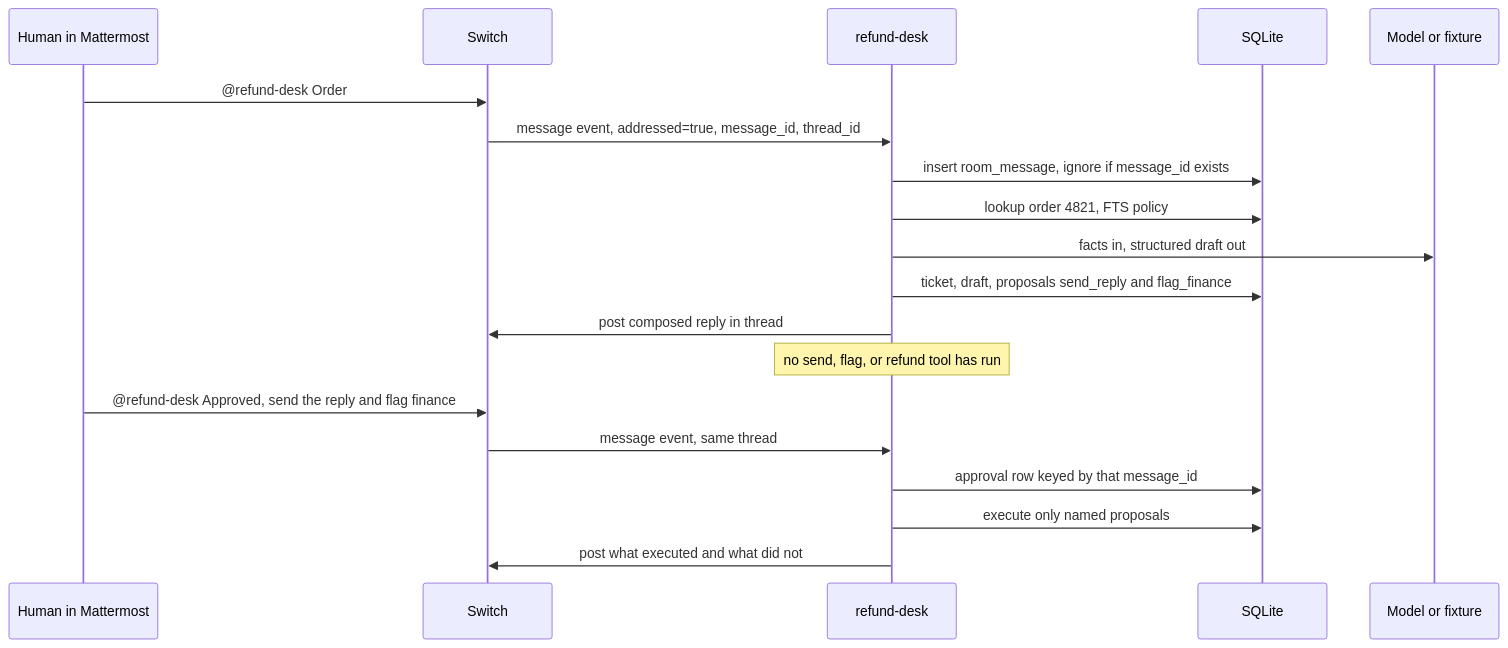
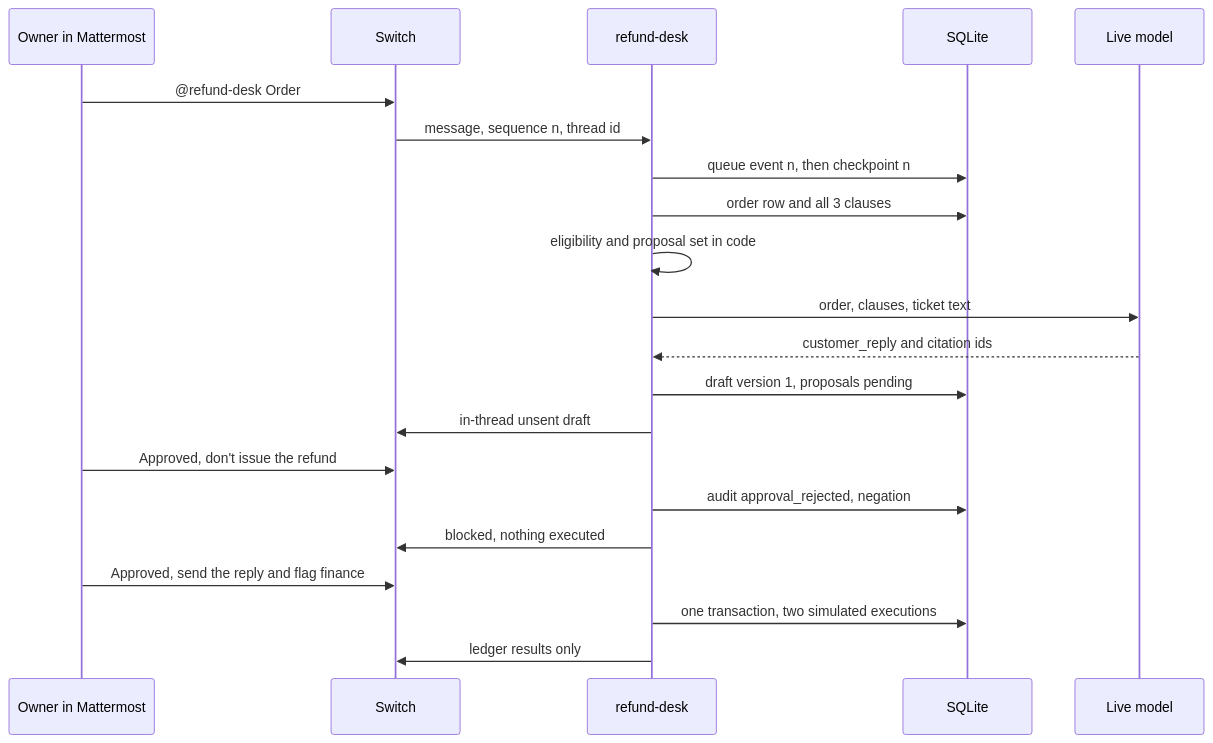
One commit to rohhitrz/triage-room changed the diagram in docs/SYSTEM_DESIGN.md. Above: the diagram before and after it, drawn with Mermaid. The commit also changed other lines of this file and 7 other files, not shown here.

````diff
--- a/docs/SYSTEM_DESIGN.md
+++ b/docs/SYSTEM_DESIGN.md
@@ -20,22 +16,24 @@
 ```mermaid
 sequenceDiagram
-  participant H as Human in Mattermost
+  participant H as Owner in Mattermost
   participant S as Switch
   participant A as refund-desk
   participant L as SQLite
-  participant M as Model or fixture
+  participant M as Live model
 
   H->>S: @refund-desk Order #4821 charged twice
-  S->>A: message event, addressed=true, message_id, thread_id
-  A->>L: insert room_message, ignore if message_id exists
-  A->>L: lookup order 4821, FTS policy
-  A->>M: facts in, structured draft out
-  A->>L: ticket, draft, proposals send_reply and flag_finance
-  A->>S: post composed reply in thread
-  Note over A: no send, flag, or refund tool has run
-  H->>S: @refund-desk Approved, send the reply and flag finance
-  S->>A: message event, same thread
-  A->>L: approval row keyed by that message_id
-  A->>L: execute only named proposals
-  A->>S: post what executed and what did not
+  S->>A: message, sequence n, thread id
+  A->>L: queue event n, then checkpoint n
+  A->>L: order row and all 3 clauses
+  A->>A: eligibility and proposal set in code
+  A->>M: order, clauses, ticket text
+  M-->>A: customer_reply and citation ids
+  A->>L: draft version 1, proposals pending
+  A->>S: in-thread unsent draft
+  H->>S: Approved, don't issue the refund
+  A->>L: audit approval_rejected, negation
+  A->>S: blocked, nothing executed
+  H->>S: Approved, send the reply and flag finance
+  A->>L: one transaction, two simulated executions
+  A->>S: ledger results only
 ```
````
